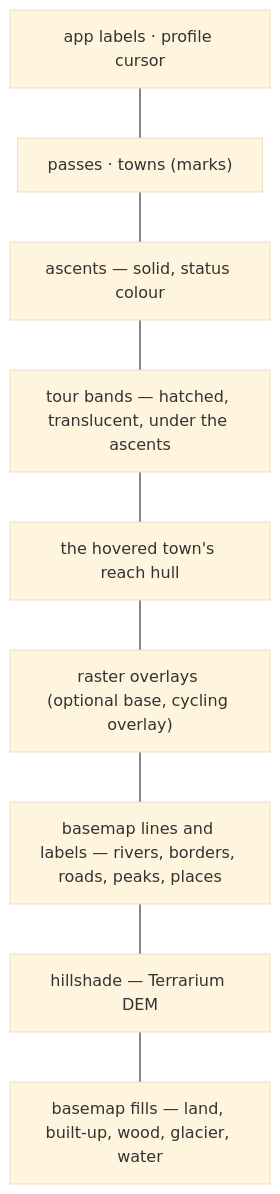
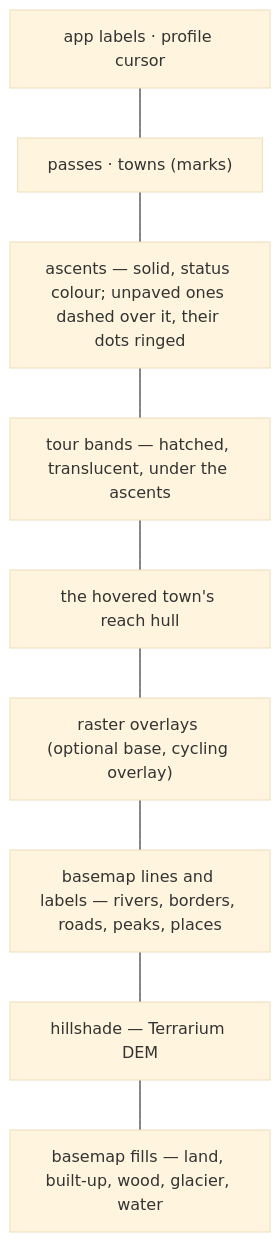
The first of 4 diagrams in docs/map-rendering.md (mdugue/alpen), drawn with Mermaid (base theme) before and after one commit. The commit also changed 48 other files, not shown here.

````diff
--- a/docs/map-rendering.md
+++ b/docs/map-rendering.md
@@ -168,13 +168,13 @@
 ```mermaid
 flowchart TB
   L9["app labels · profile cursor"]
   L8["passes · towns (marks)"]
-  L7["ascents — solid, status colour"]
+  L7["ascents — solid, status colour; unpaved ones dashed over it, their dots ringed"]
   L6["tour bands — hatched, translucent, under the ascents"]
   L5["the hovered town's reach hull"]
   L4["raster overlays (optional base, cycling overlay)"]
   L3["basemap lines and labels — rivers, borders, roads, peaks, places"]
   L2["hillshade — Terrarium DEM"]
   L1["basemap fills — land, built-up, wood, glacier, water"]
   L9 --- L8 --- L7 --- L6 --- L5 --- L4 --- L3 --- L2 --- L1
 ```
````
